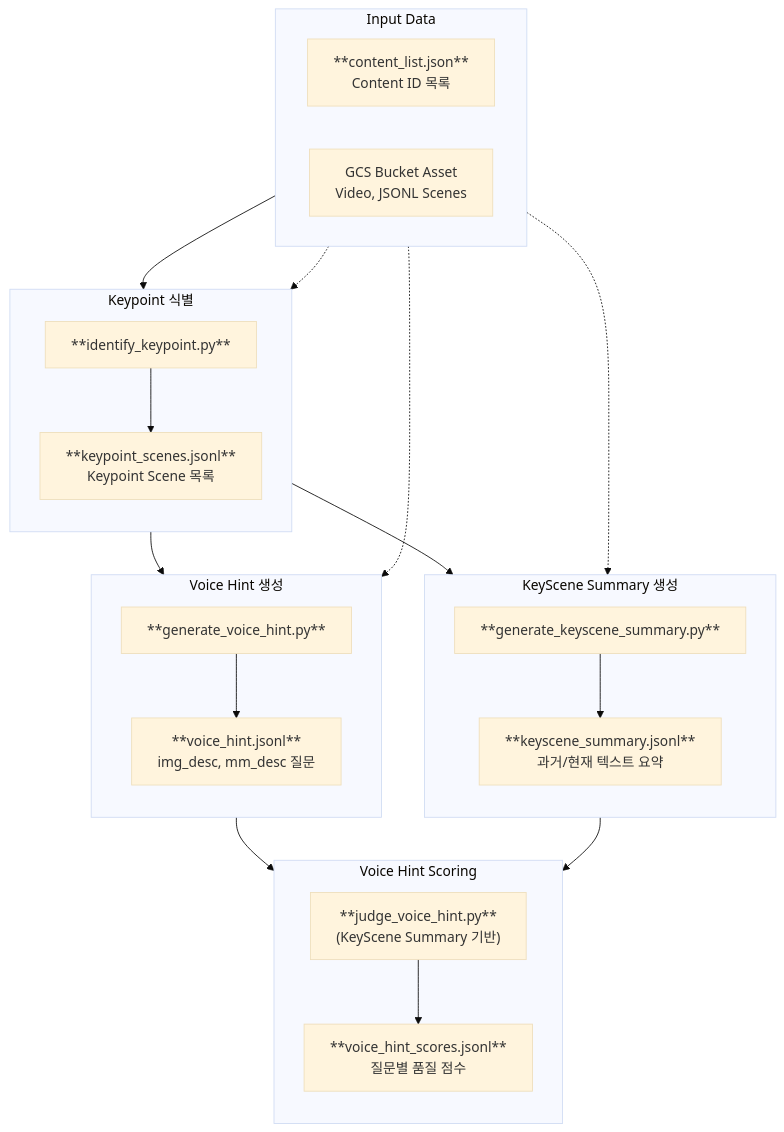
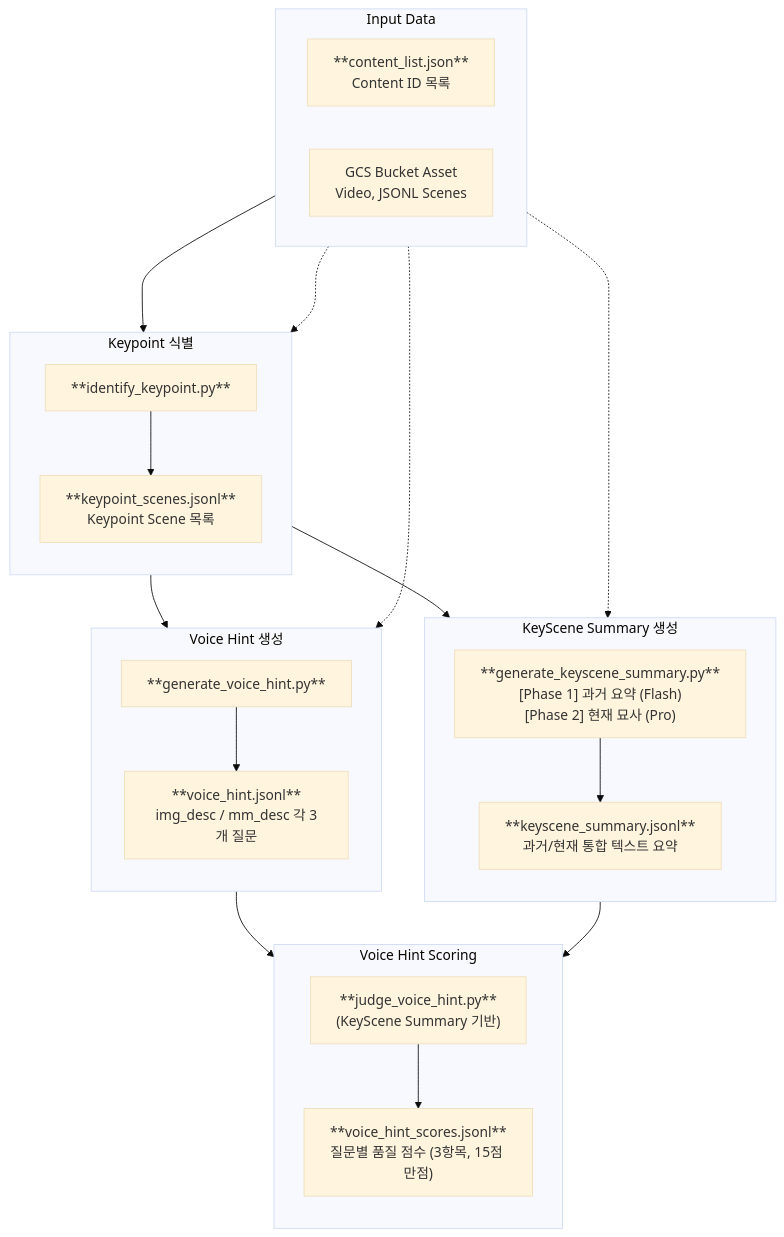
Before and after one commit to obeychoi0120/LLMJudge: the first of 2 diagrams in README.md, drawn with Mermaid (base theme). The commit also changed other lines of this file and 6 other files, not shown here.

````diff
--- a/README.md
+++ b/README.md
@@ -18,48 +18,48 @@
 ```mermaid
 flowchart TD
     subgraph INPUT["Input Data"]
         direction LR
         CL["**content_list.json**<br/>Content ID 목록"]
         GCS["GCS Bucket Asset<br/>Video, JSONL Scenes"]
     end
 
     subgraph STEP1["Keypoint 식별"]
         direction TB
         KP_SCRIPT["**identify_keypoint.py**"]
         KP_OUT["**keypoint_scenes.jsonl**<br/>Keypoint Scene 목록"]
     end
 
     subgraph STEP2["KeyScene Summary 생성"]
         direction TB
-        KS_SCRIPT["**generate_keyscene_summary.py**"]
-        KS_OUT["**keyscene_summary.jsonl**<br/>과거/현재 텍스트 요약"]
+        KS_SCRIPT["**generate_keyscene_summary.py**<br/>[Phase 1] 과거 요약 (Flash)<br/>[Phase 2] 현재 묘사 (Pro)"]
+        KS_OUT["**keyscene_summary.jsonl**<br/>과거/현재 통합 텍스트 요약"]
     end
 
     subgraph STEP3["Voice Hint 생성"]
         direction TB
         VH_SCRIPT["**generate_voice_hint.py**"]
-        VH_OUT["**voice_hint.jsonl**<br/>img_desc, mm_desc 질문"]
+        VH_OUT["**voice_hint.jsonl**<br/>img_desc / mm_desc 각 3개 질문"]
     end
 
     subgraph STEP4["Voice Hint Scoring"]
         direction TB
         QJ_SCRIPT["**judge_voice_hint.py**<br/>(KeyScene Summary 기반)"]
-        QJ_SCORES["**voice_hint_scores.jsonl**<br/>질문별 품질 점수"]
+        QJ_SCORES["**voice_hint_scores.jsonl**<br/>질문별 품질 점수 (3항목, 15점 만점)"]
     end
 
     CL --> KP_SCRIPT
-    GCS -.-> KP_SCRIPT
+    GCS -..-> KP_SCRIPT
     KP_SCRIPT --> KP_OUT
 
     KP_OUT --> KS_SCRIPT
-    GCS -.-> KS_SCRIPT
+    GCS -..-> KS_SCRIPT
     KS_SCRIPT --> KS_OUT
 
     KP_OUT --> VH_SCRIPT
-    GCS -.-> VH_SCRIPT
+    GCS -..-> VH_SCRIPT
     VH_SCRIPT --> VH_OUT
 
     VH_OUT --> QJ_SCRIPT
     KS_OUT --> QJ_SCRIPT
     QJ_SCRIPT --> QJ_SCORES
 ```
````
